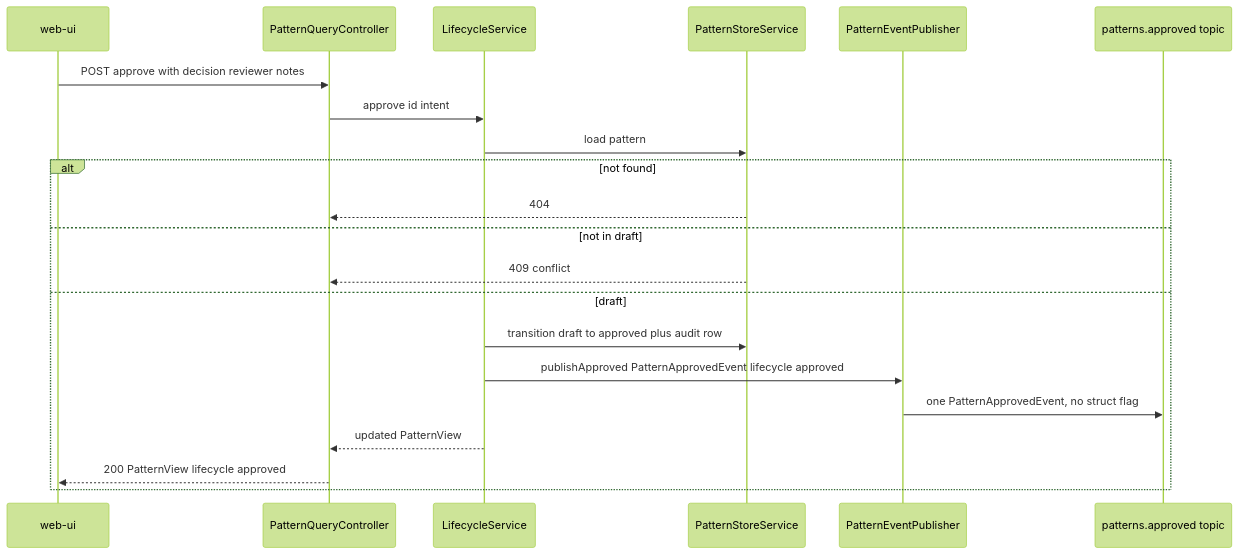
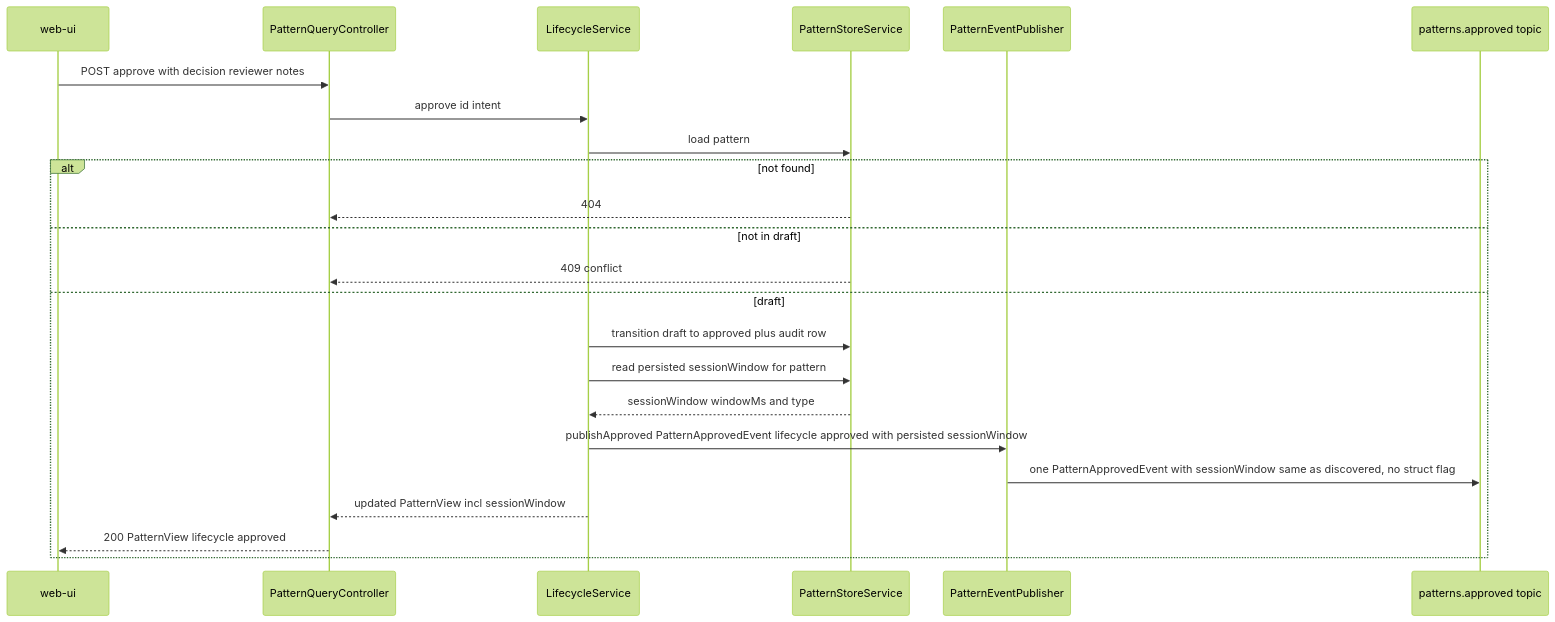
One commit to nikhilmohan/correlation-platform changed the fifth of 9 diagrams in services/pattern-manager/design.md. Above: the diagram before and after it, drawn with Mermaid (forest theme). The commit also changed other lines of this file, not shown here.

First line of the commit message:
design(pattern-manager): derive, populate, persist and serve sessionWindow

````diff
--- a/services/pattern-manager/design.md
+++ b/services/pattern-manager/design.md
@@ -426,23 +484,25 @@
 ```mermaid
 sequenceDiagram
   participant U as web-ui
   participant A as PatternQueryController
   participant L as LifecycleService
   participant S as PatternStoreService
   participant E as PatternEventPublisher
   participant Q as patterns.approved topic
   U->>A: POST approve with decision reviewer notes
   A->>L: approve id intent
   L->>S: load pattern
   alt not found
     S-->>A: 404
   else not in draft
     S-->>A: 409 conflict
   else draft
     L->>S: transition draft to approved plus audit row
-    L->>E: publishApproved PatternApprovedEvent lifecycle approved
-    E->>Q: one PatternApprovedEvent, no struct flag
-    L-->>A: updated PatternView
+    L->>S: read persisted sessionWindow for pattern
+    S-->>L: sessionWindow windowMs and type
+    L->>E: publishApproved PatternApprovedEvent lifecycle approved with persisted sessionWindow
+    E->>Q: one PatternApprovedEvent with sessionWindow same as discovered, no struct flag
+    L-->>A: updated PatternView incl sessionWindow
     A-->>U: 200 PatternView lifecycle approved
   end
 ```
````
